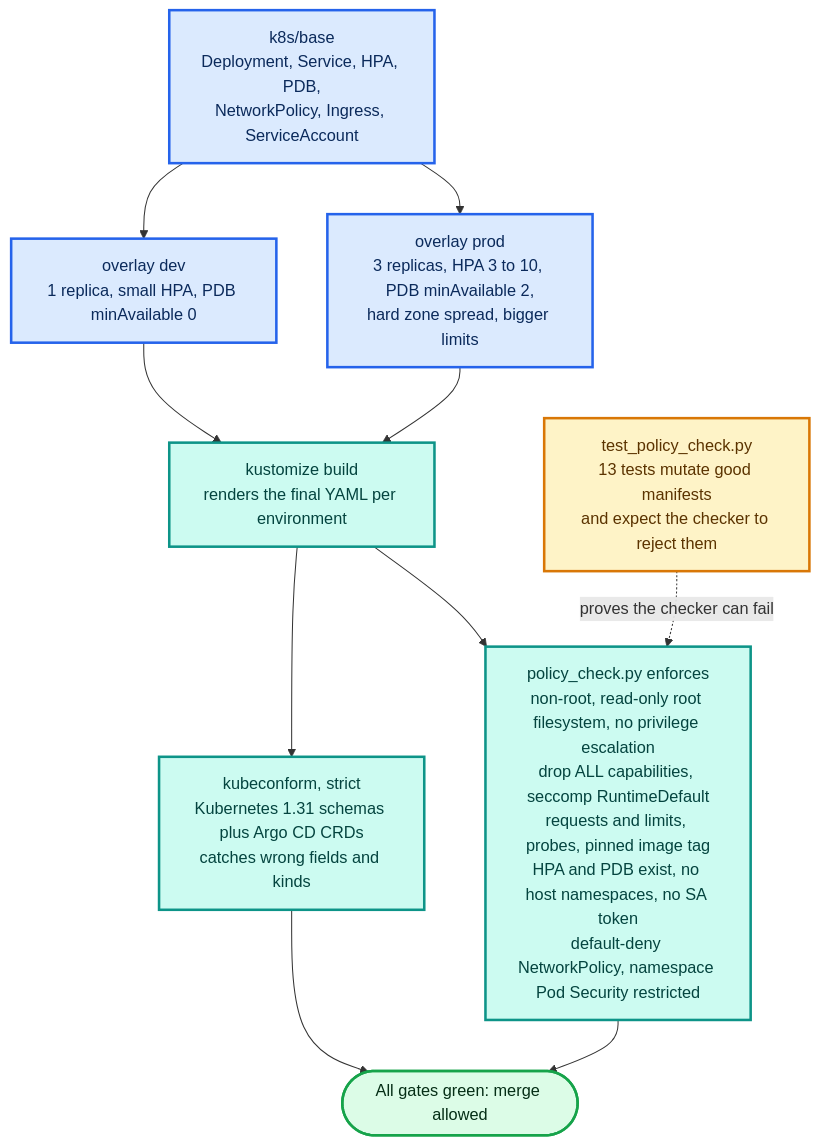
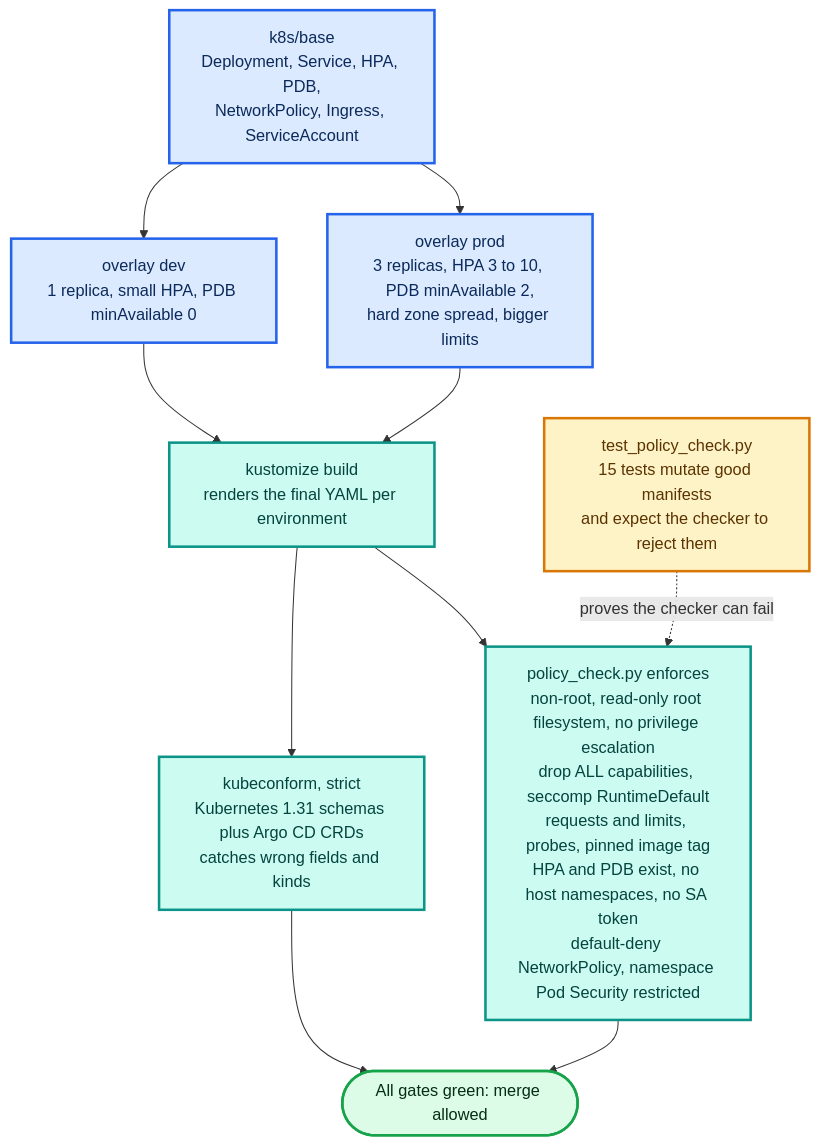
One commit to Joxejaime/Projects-2026 changed the diagram in projects/03-k8s-gitops/docs/schematics/03b-manifest-guardrails.mmd. Above: the diagram before and after it, drawn with Mermaid. The commit also changed 21 other files, not shown here.

```diff
--- a/projects/03-k8s-gitops/docs/schematics/03b-manifest-guardrails.mmd
+++ b/projects/03-k8s-gitops/docs/schematics/03b-manifest-guardrails.mmd
@@ -1,41 +1,41 @@
 %% title: Manifest guardrails
 %% headline: Two gates on every rendered manifest
 %% takeaway: Schema validation plus tested policy checks, run on the final YAML.
 %% legend: app=Manifests,guard=Render and gates,data=Tests of the gates,ok=Merge allowed
-%% caption: scripts/policy_check.py and scripts/test_policy_check.py. Overlays are rendered with kustomize, then checked against Kubernetes schemas and a policy script. 13 tests mutate known-good manifests and require the checker to reject them, so the policy is proven able to fail.
+%% caption: scripts/policy_check.py and scripts/test_policy_check.py. Overlays are rendered with kustomize, then checked against Kubernetes schemas and a policy script. 15 tests mutate known-good manifests and require the checker to reject them, so the policy is proven able to fail.
 flowchart TB
   base["k8s/base<br/>Deployment, Service, HPA, PDB,<br/>NetworkPolicy, Ingress, ServiceAccount"]
   dev["overlay dev<br/>1 replica, small HPA, PDB minAvailable 0"]
   prod["overlay prod<br/>3 replicas, HPA 3 to 10, PDB minAvailable 2,<br/>hard zone spread, bigger limits"]
   base --> dev
   base --> prod
 
   kb["kustomize build<br/>renders the final YAML per environment"]
   dev --> kb
   prod --> kb
 
   kc["kubeconform, strict<br/>Kubernetes 1.31 schemas plus Argo CD CRDs<br/>catches wrong fields and kinds"]
   pc["policy_check.py enforces<br/>non-root, read-only root filesystem, no privilege escalation<br/>drop ALL capabilities, seccomp RuntimeDefault<br/>requests and limits, probes, pinned image tag<br/>HPA and PDB exist, no host namespaces, no SA token<br/>default-deny NetworkPolicy, namespace Pod Security restricted"]
   kb --> kc
   kb --> pc
 
-  tests["test_policy_check.py<br/>13 tests mutate good manifests<br/>and expect the checker to reject them"]
+  tests["test_policy_check.py<br/>15 tests mutate good manifests<br/>and expect the checker to reject them"]
   tests -.->|"proves the checker can fail"| pc
 
   ok(["All gates green: merge allowed"])
   kc --> ok
   pc --> ok
 
     classDef entry fill:#E0E7FF,stroke:#4F46E5,stroke-width:2.5px,color:#1E1B4B
     classDef app fill:#DBEAFE,stroke:#2563EB,stroke-width:2.5px,color:#0B2A5B
     classDef guard fill:#CCFBF1,stroke:#0D9488,stroke-width:2.5px,color:#04443F
     classDef data fill:#FEF3C7,stroke:#D97706,stroke-width:2.5px,color:#5B3300
     classDef obs fill:#EDE9FE,stroke:#7C3AED,stroke-width:2.5px,color:#2E1065
     classDef alert fill:#FFE4E6,stroke:#E11D48,stroke-width:2.5px,color:#6B0A20
     classDef ok fill:#DCFCE7,stroke:#16A34A,stroke-width:2.5px,color:#052E16
     classDef cloud fill:#FFEDD5,stroke:#EA580C,stroke-width:2.5px,color:#431407
     classDef neutral fill:#F1F5F9,stroke:#64748B,stroke-width:2.5px,color:#0F172A
     class base,dev,prod app
     class kb,kc,pc guard
     class tests data
     class ok ok
```
